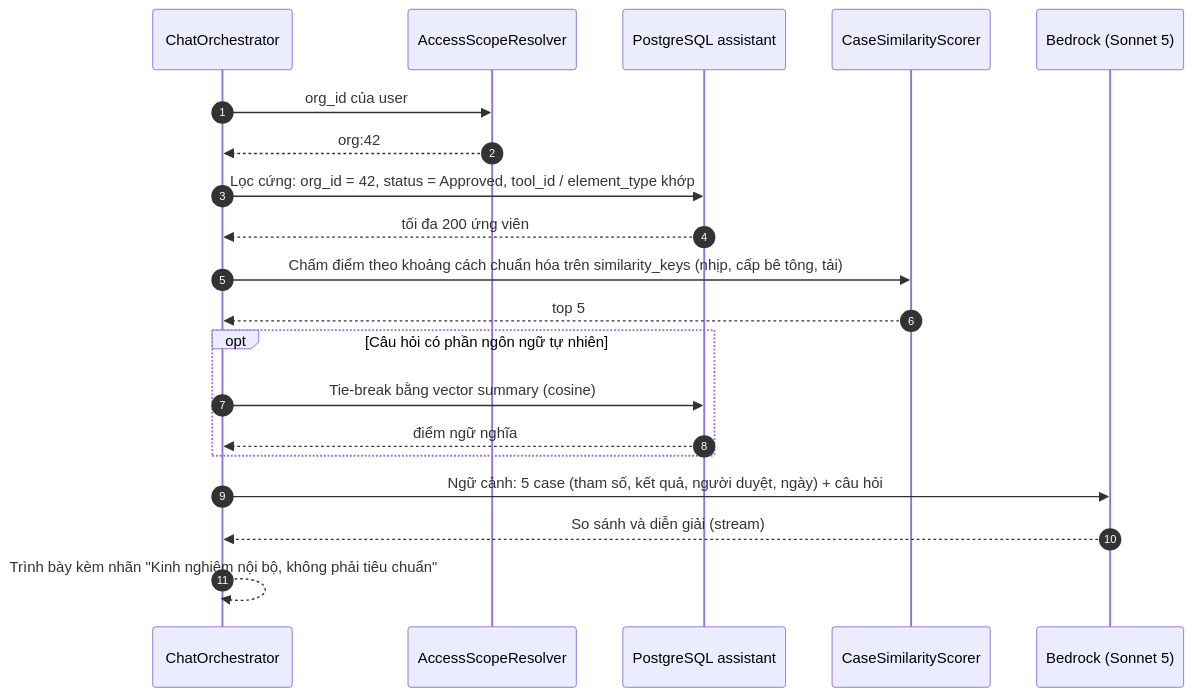
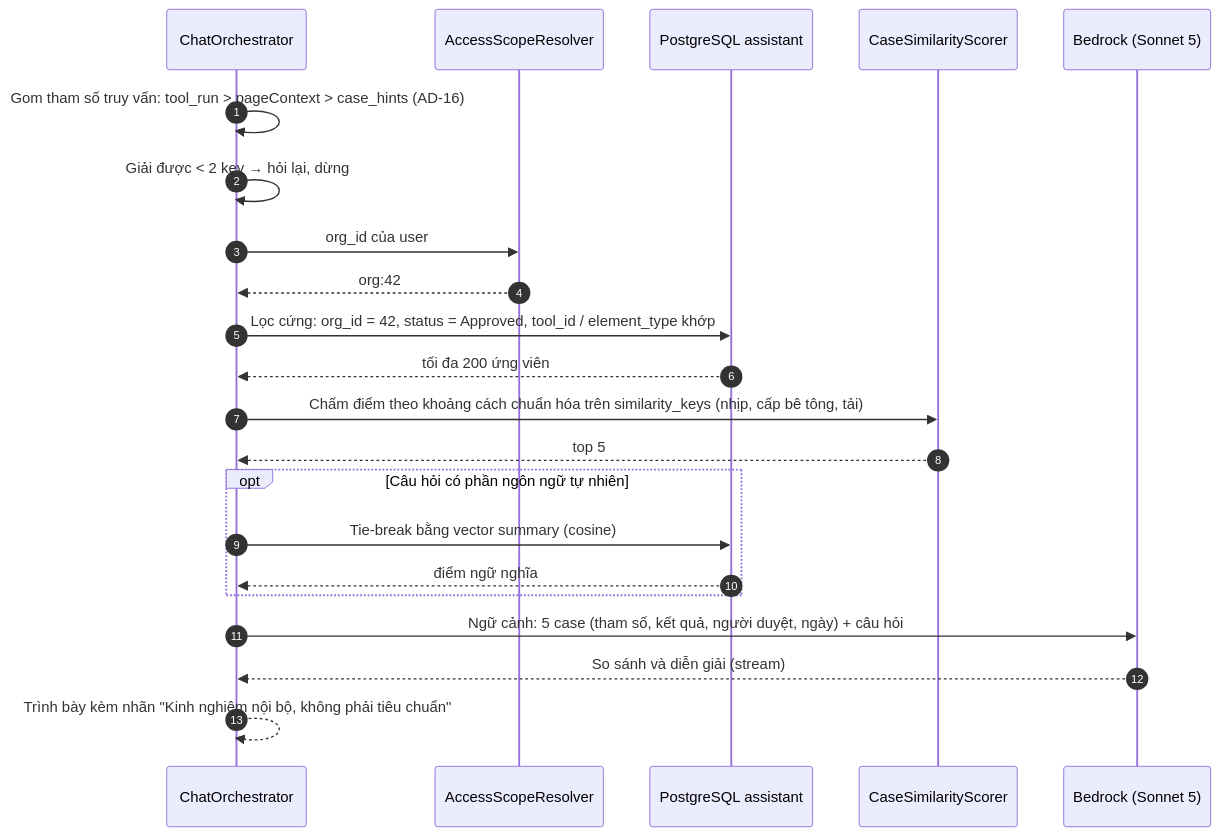
One commit to vdloc/vfstructures-ai-solution changed the third of 6 diagrams in 05-case-memory.md. Above: the diagram before and after it, drawn with Mermaid. The commit also changed other lines of this file and 26 other files, not shown here.

Commit message:
Update v1.1 architecture docs and add guidelines, specs, presentation material

````diff
--- a/05-case-memory.md
+++ b/05-case-memory.md
@@ -86,23 +86,25 @@
 ```mermaid
 sequenceDiagram
   autonumber
   participant O as ChatOrchestrator
   participant S as AccessScopeResolver
   participant DB as PostgreSQL assistant
   participant R as CaseSimilarityScorer
   participant BR as Bedrock (Sonnet 5)
 
+  O->>O: Gom tham số truy vấn: tool_run > pageContext > case_hints (AD-16)
+  O->>O: Giải được < 2 key → hỏi lại, dừng
   O->>S: org_id của user
   S-->>O: org:42
   O->>DB: Lọc cứng: org_id = 42, status = Approved, tool_id / element_type khớp
   DB-->>O: tối đa 200 ứng viên
   O->>R: Chấm điểm theo khoảng cách chuẩn hóa trên similarity_keys (nhịp, cấp bê tông, tải)
   R-->>O: top 5
   opt Câu hỏi có phần ngôn ngữ tự nhiên
     O->>DB: Tie-break bằng vector summary (cosine)
     DB-->>O: điểm ngữ nghĩa
   end
   O->>BR: Ngữ cảnh: 5 case (tham số, kết quả, người duyệt, ngày) + câu hỏi
   BR-->>O: So sánh và diễn giải (stream)
   O-->>O: Trình bày kèm nhãn "Kinh nghiệm nội bộ, không phải tiêu chuẩn"
 ```
````
